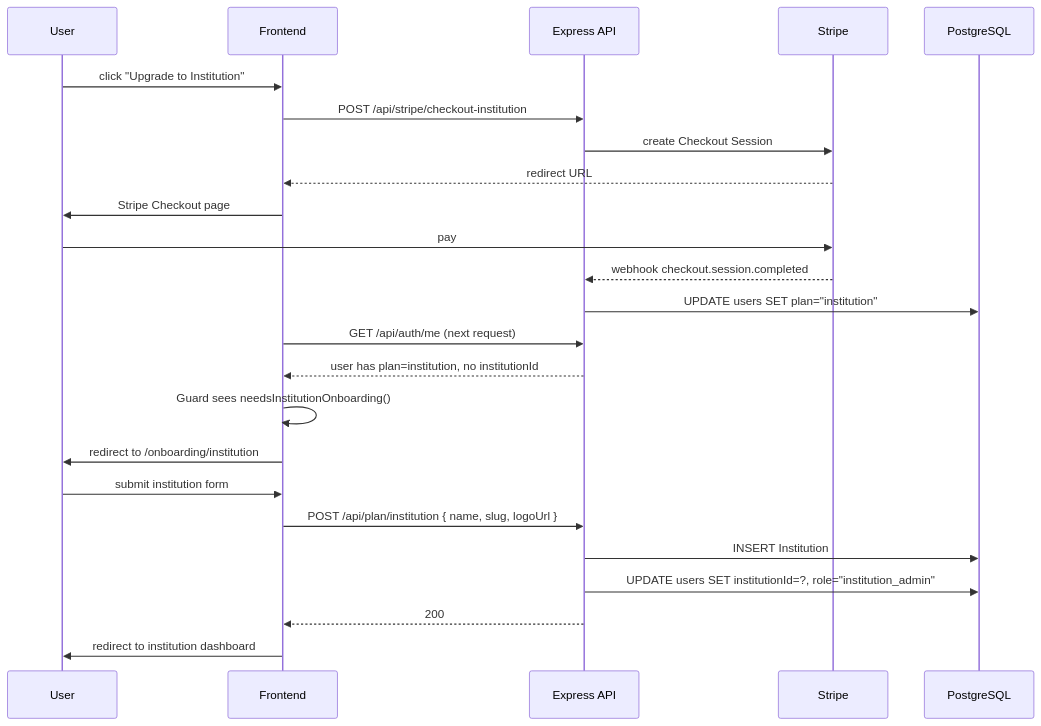
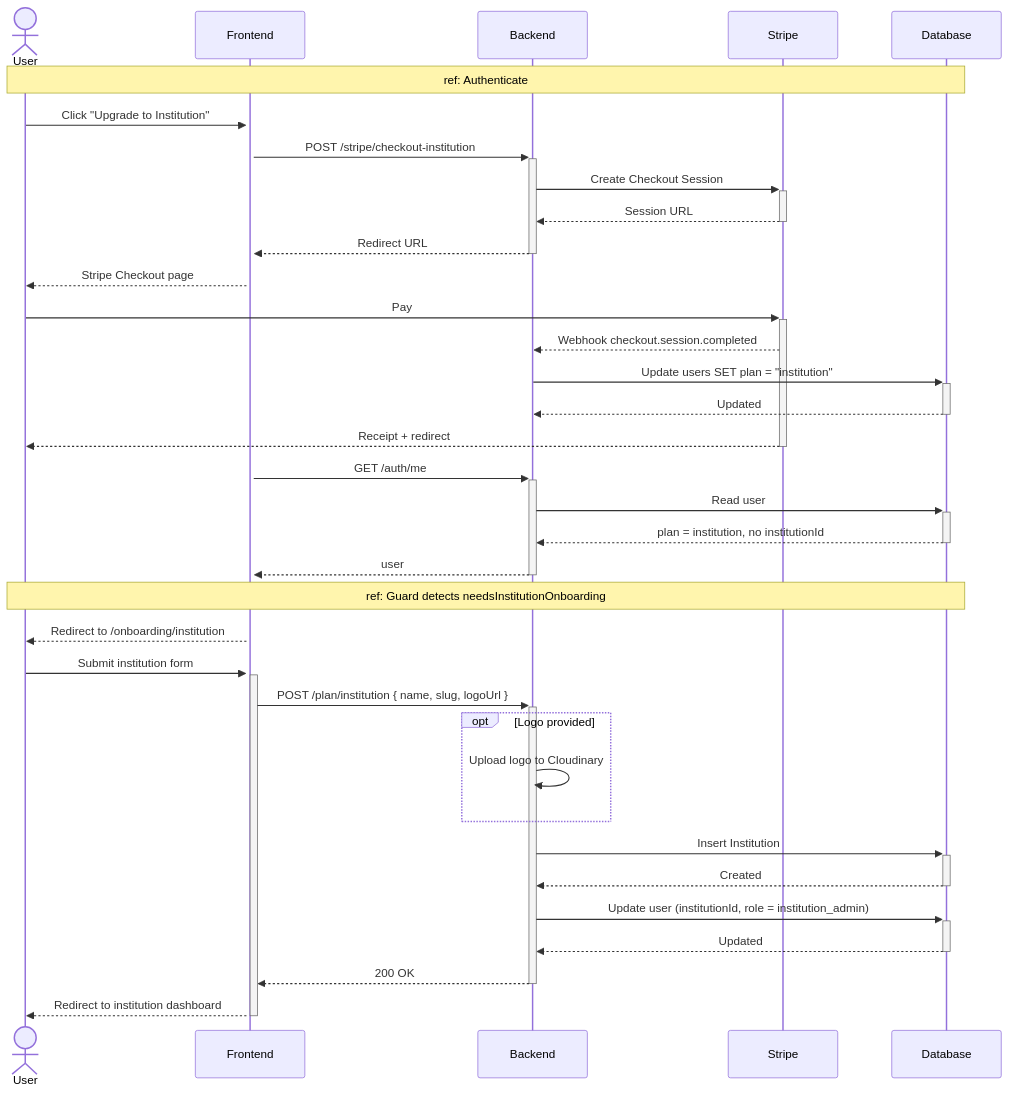
Diagram 11 of 19 in docs/11_flows_and_diagrams.md (MaizaAymen/OmniLearn), drawn with Mermaid before and after one commit. The commit also changed other lines of this file and 4 other files, not shown here.

````diff
--- a/docs/11_flows_and_diagrams.md
+++ b/docs/11_flows_and_diagrams.md
@@ -517,27 +562,45 @@
 ```mermaid
 sequenceDiagram
-  participant U as User
-  participant FE as Frontend
-  participant API as Express API
-  participant Stripe
-  participant DB as PostgreSQL
+    actor User
+    participant FE as Frontend
+    participant API as Backend
+    participant Stripe as Stripe
+    participant DB as Database
 
-  U->>FE: click "Upgrade to Institution"
-  FE->>API: POST /api/stripe/checkout-institution
-  API->>Stripe: create Checkout Session
-  Stripe-->>FE: redirect URL
-  FE->>U: Stripe Checkout page
-  U->>Stripe: pay
-  Stripe-->>API: webhook checkout.session.completed
-  API->>DB: UPDATE users SET plan="institution"
-  FE->>API: GET /api/auth/me (next request)
-  API-->>FE: user has plan=institution, no institutionId
-  FE->>FE: Guard sees needsInstitutionOnboarding()
-  FE->>U: redirect to /onboarding/institution
-  U->>FE: submit institution form
-  FE->>API: POST /api/plan/institution { name, slug, logoUrl }
-  API->>DB: INSERT Institution
-  API->>DB: UPDATE users SET institutionId=?, role="institution_admin"
-  API-->>FE: 200
-  FE->>U: redirect to institution dashboard
+    Note over User,DB: ref: Authenticate
+
+    User->>+FE: Click "Upgrade to Institution"
+    FE->>+API: POST /stripe/checkout-institution
+    API->>+Stripe: Create Checkout Session
+    Stripe-->>-API: Session URL
+    API-->>-FE: Redirect URL
+    FE-->>User: Stripe Checkout page
+
+    User->>+Stripe: Pay
+    Stripe-->>API: Webhook checkout.session.completed
+    API->>+DB: Update users SET plan = "institution"
+    DB-->>-API: Updated
+    Stripe-->>-User: Receipt + redirect
+
+    FE->>+API: GET /auth/me
+    API->>+DB: Read user
+    DB-->>-API: plan = institution, no institutionId
+    API-->>-FE: user
+
+    Note over User,DB: ref: Guard detects needsInstitutionOnboarding
+
+    FE-->>User: Redirect to /onboarding/institution
+    User->>+FE: Submit institution form
+    FE->>+API: POST /plan/institution { name, slug, logoUrl }
+
+    opt Logo provided
+        API->>API: Upload logo to Cloudinary
+    end
+
+    API->>+DB: Insert Institution
+    DB-->>-API: Created
+    API->>+DB: Update user (institutionId, role = institution_admin)
+    DB-->>-API: Updated
+    API-->>-FE: 200 OK
+    FE-->>-User: Redirect to institution dashboard
 ```
````
